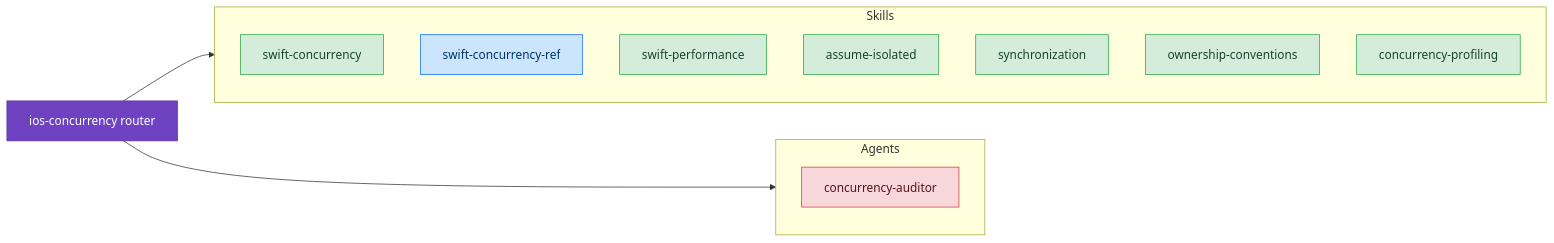
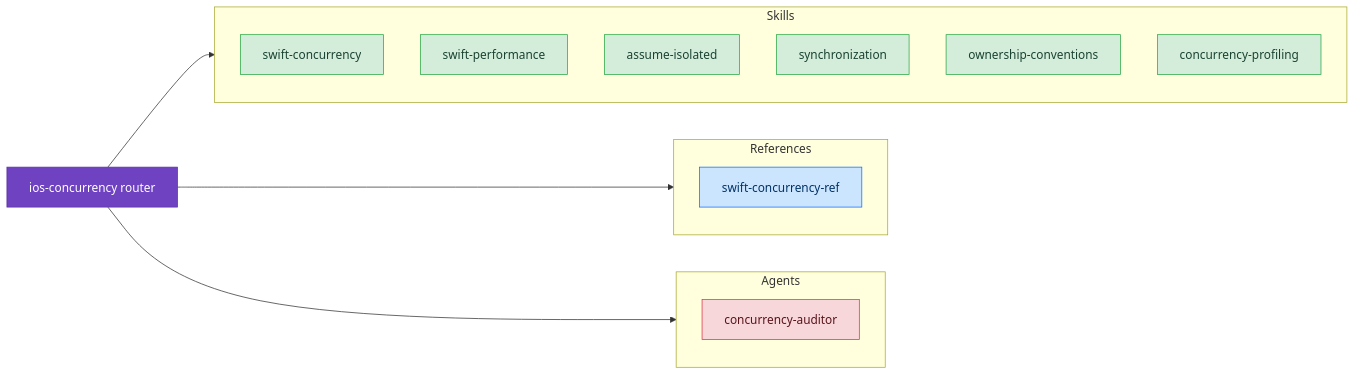
Before and after one commit to CharlesWiltgen/Axiom: the diagram in docs/skills/concurrency/index.md, drawn with Mermaid. The commit also changed 11 other files, not shown here.

````diff
--- a/docs/skills/concurrency/index.md
+++ b/docs/skills/concurrency/index.md
@@ -5,25 +5,29 @@
 ```mermaid
 flowchart LR
     classDef router fill:#6f42c1,stroke:#5a32a3,color:#fff
     classDef discipline fill:#d4edda,stroke:#28a745,color:#1b4332
     classDef reference fill:#cce5ff,stroke:#0d6efd,color:#003366
     classDef agent fill:#f8d7da,stroke:#dc3545,color:#58151c
 
     axiom_ios_concurrency["ios-concurrency router"]:::router
 
     subgraph skills_d["Skills"]
         swift_concurrency["swift-concurrency"]:::discipline
-        swift_concurrency_ref["swift-concurrency-ref"]:::reference
         swift_performance["swift-performance"]:::discipline
         assume_isolated["assume-isolated"]:::discipline
         synchronization["synchronization"]:::discipline
         ownership_conventions["ownership-conventions"]:::discipline
         concurrency_profiling["concurrency-profiling"]:::discipline
     end
     axiom_ios_concurrency --> skills_d
 
+    subgraph skills_r["References"]
+        swift_concurrency_ref["swift-concurrency-ref"]:::reference
+    end
+    axiom_ios_concurrency --> skills_r
+
     subgraph agents_sg["Agents"]
         agent_ca["concurrency-auditor"]:::agent
     end
     axiom_ios_concurrency --> agents_sg
 ```
````
